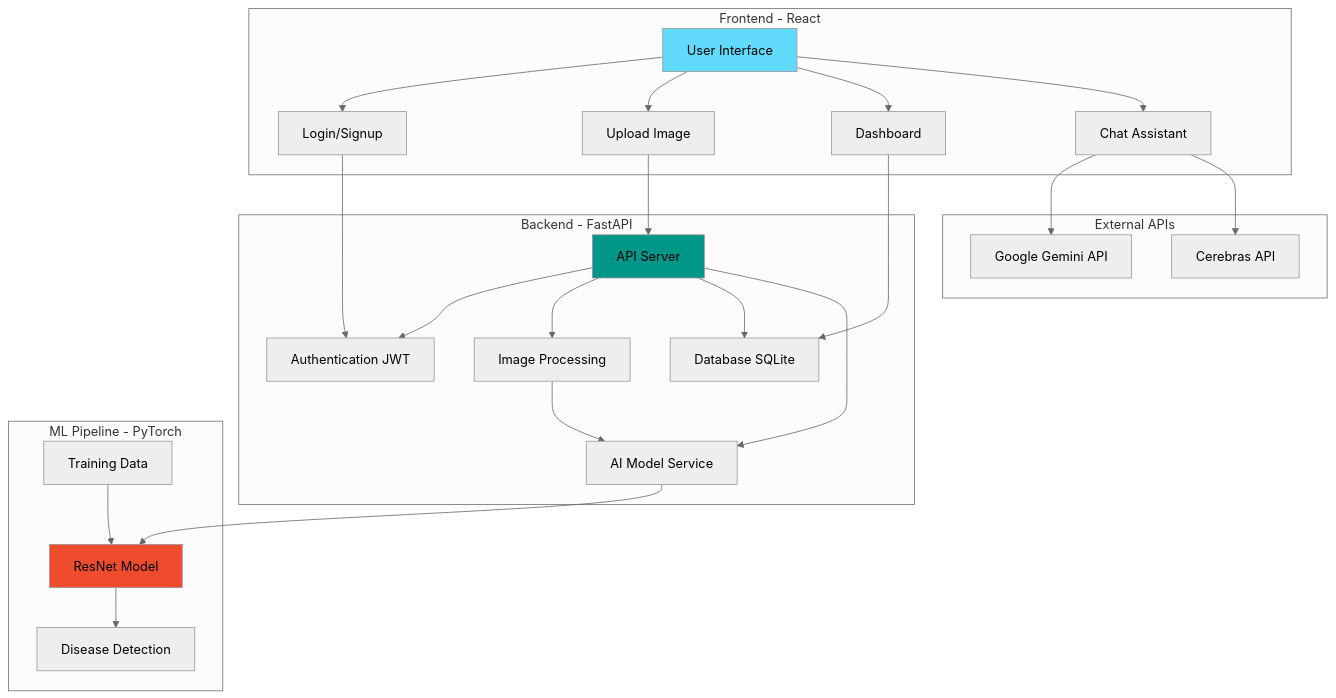
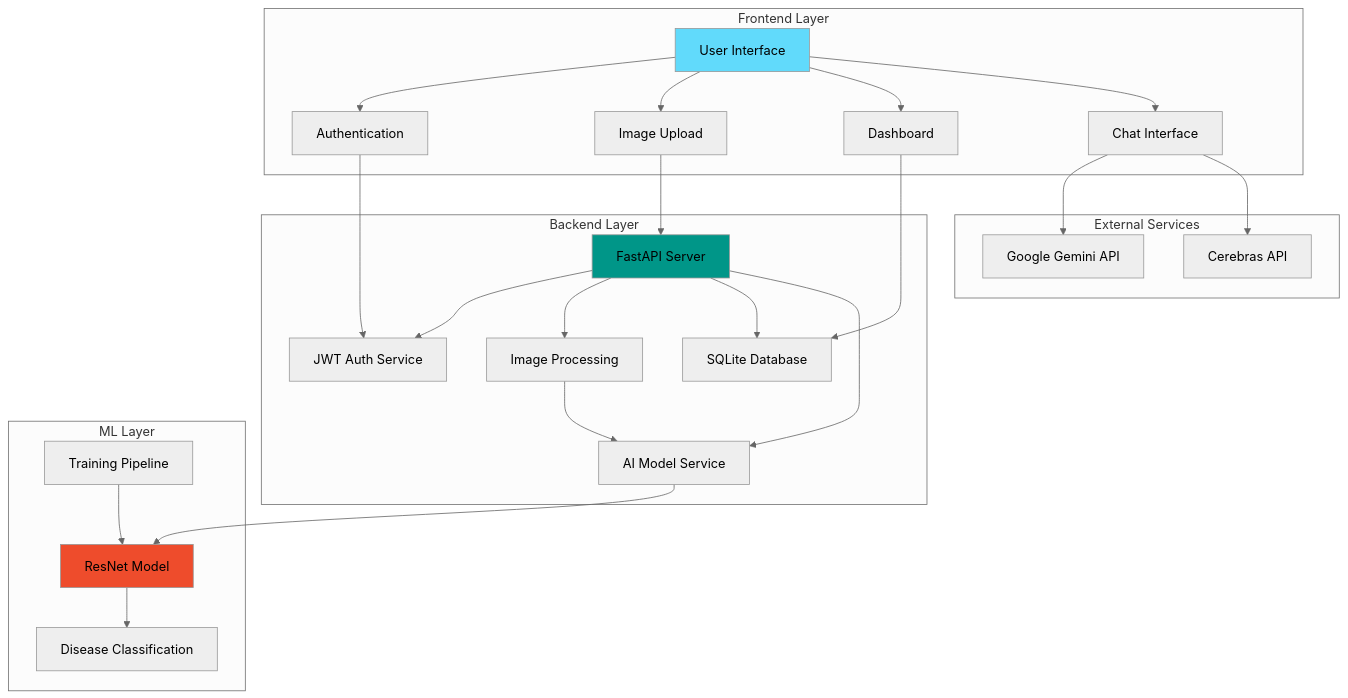
The first of 4 diagrams in README.md (chandu1234678/AgroSight), drawn with Mermaid (neutral theme) before and after one commit. The commit also changed other lines of this file, not shown here.

````diff
--- a/README.md
+++ b/README.md
@@ -25,38 +29,38 @@
 ```mermaid
 graph TB
-    subgraph "Frontend - React"
-        A[User Interface] --> B[Login/Signup]
-        A --> C[Upload Image]
+    subgraph "Frontend Layer"
+        A[User Interface] --> B[Authentication]
+        A --> C[Image Upload]
         A --> D[Dashboard]
-        A --> E[Chat Assistant]
+        A --> E[Chat Interface]
     end
     
-    subgraph "Backend - FastAPI"
-        F[API Server] --> G[Authentication JWT]
+    subgraph "Backend Layer"
+        F[FastAPI Server] --> G[JWT Auth Service]
         F --> H[Image Processing]
-        F --> I[Database SQLite]
+        F --> I[SQLite Database]
         F --> J[AI Model Service]
     end
     
-    subgraph "ML Pipeline - PyTorch"
-        K[ResNet Model] --> L[Disease Detection]
-        M[Training Data] --> K
+    subgraph "ML Layer"
+        K[ResNet Model] --> L[Disease Classification]
+        M[Training Pipeline] --> K
     end
     
-    subgraph "External APIs"
+    subgraph "External Services"
         N[Google Gemini API]
         O[Cerebras API]
     end
     
     C --> F
     B --> G
     D --> I
     E --> N
     E --> O
     H --> J
     J --> K
     
     style A fill:#61dafb
     style F fill:#009688
     style K fill:#ee4c2c
 ```
````
